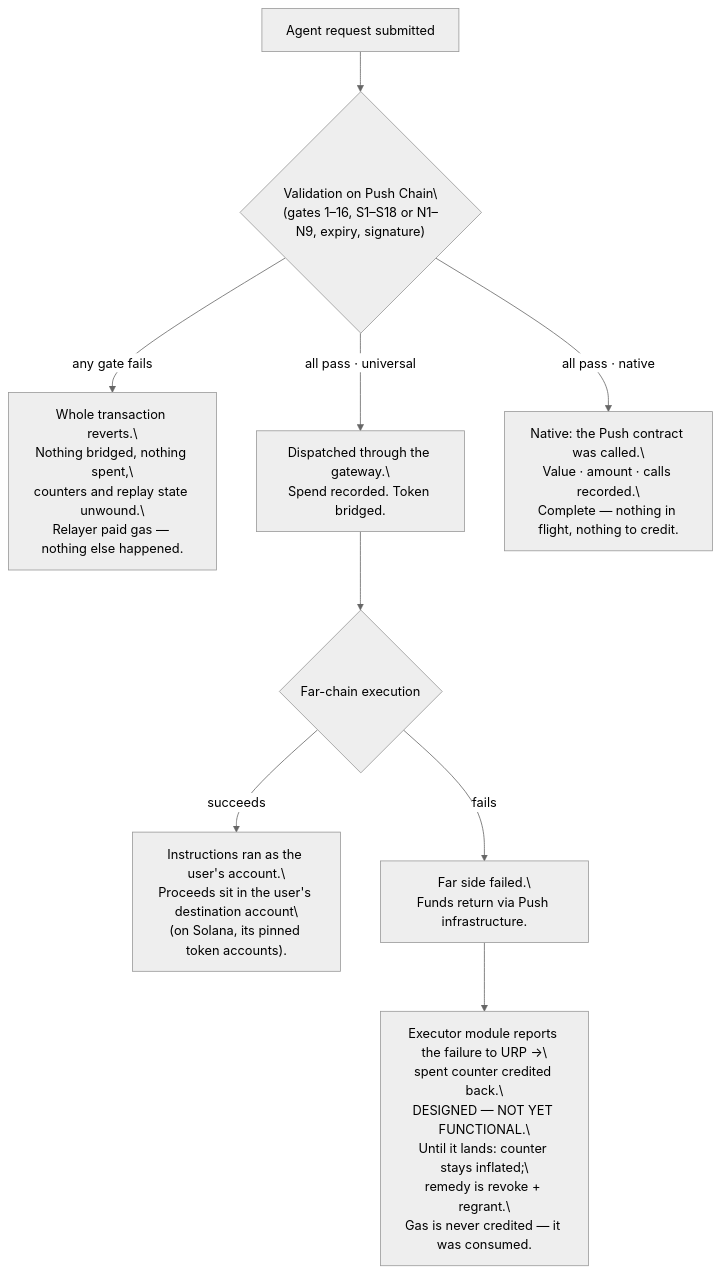
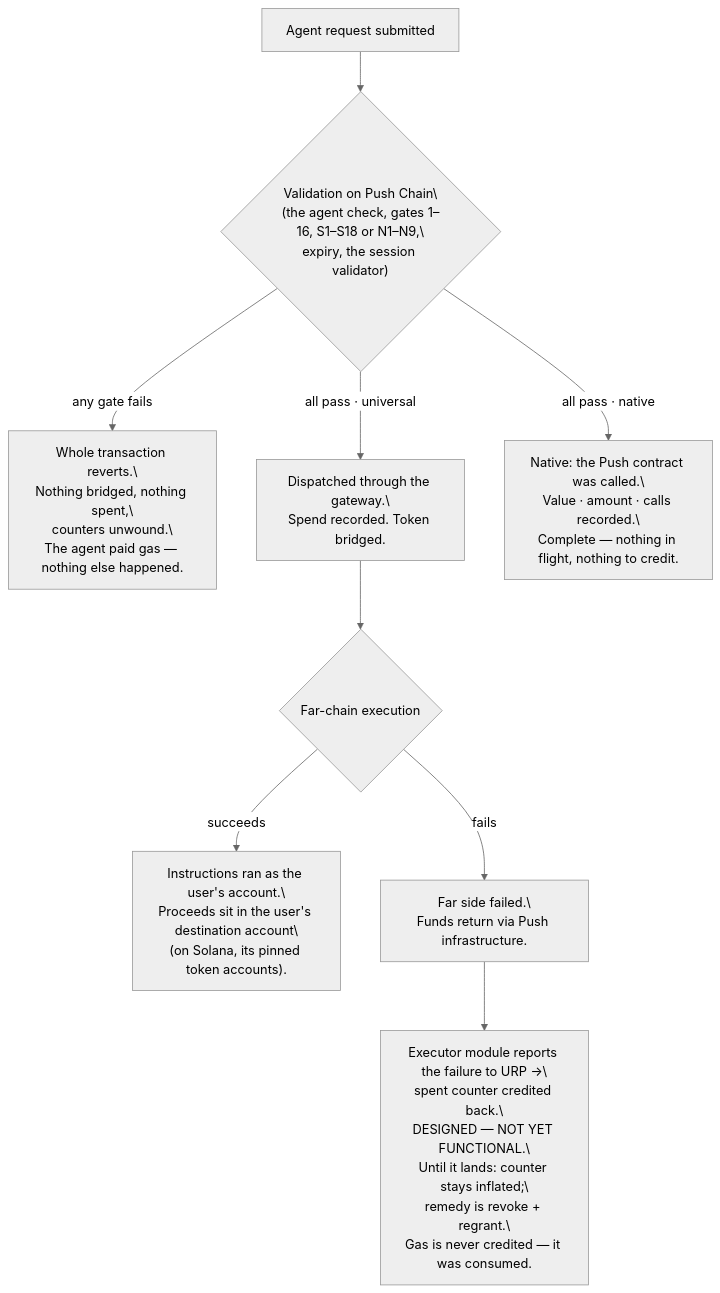
Before and after one commit to HusseinAdeiza/push-agentic-wallets: the fourth of 4 diagrams in docs/2_UniversalRulesPolicy.md, drawn with Mermaid (neutral theme). The commit also changed other lines of this file and 33 other files, not shown here.

Commit message:
d3 pushSessionValidator-replaced-wd-AgentValidator

````diff
--- a/docs/2_UniversalRulesPolicy.md
+++ b/docs/2_UniversalRulesPolicy.md
@@ -290,34 +290,35 @@
 ```mermaid
 flowchart TB
   REQ["Agent request submitted"]
   V{"Validation on Push Chain\
-(gates 1–16, S1–S18 or N1–N9, expiry, signature)"}
+(the agent check, gates 1–16, S1–S18 or N1–N9,\
+expiry, the session validator)"}
   REV["Whole transaction reverts.\
 Nothing bridged, nothing spent,\
-counters and replay state unwound.\
-Relayer paid gas — nothing else happened."]
+counters unwound.\
+The agent paid gas — nothing else happened."]
   OK["Dispatched through the gateway.\
 Spend recorded. Token bridged."]
   NOK["Native: the Push contract was called.\
 Value · amount · calls recorded.\
 Complete — nothing in flight, nothing to credit."]
   F{"Far-chain execution"}
   DONE["Instructions ran as the user's account.\
 Proceeds sit in the user's destination account\
 (on Solana, its pinned token accounts)."]
   FAIL["Far side failed.\
 Funds return via Push infrastructure."]
   CREDIT["Executor module reports the failure to URP →\
 spent counter credited back.\
 DESIGNED — NOT YET FUNCTIONAL.\
 Until it lands: counter stays inflated;\
 remedy is revoke + regrant.\
 Gas is never credited — it was consumed."]
 
   REQ --> V
   V -- "any gate fails" --> REV
   V -- "all pass · native" --> NOK
   V -- "all pass · universal" --> OK --> F
   F -- "succeeds" --> DONE
   F -- "fails" --> FAIL --> CREDIT
 ```
````
